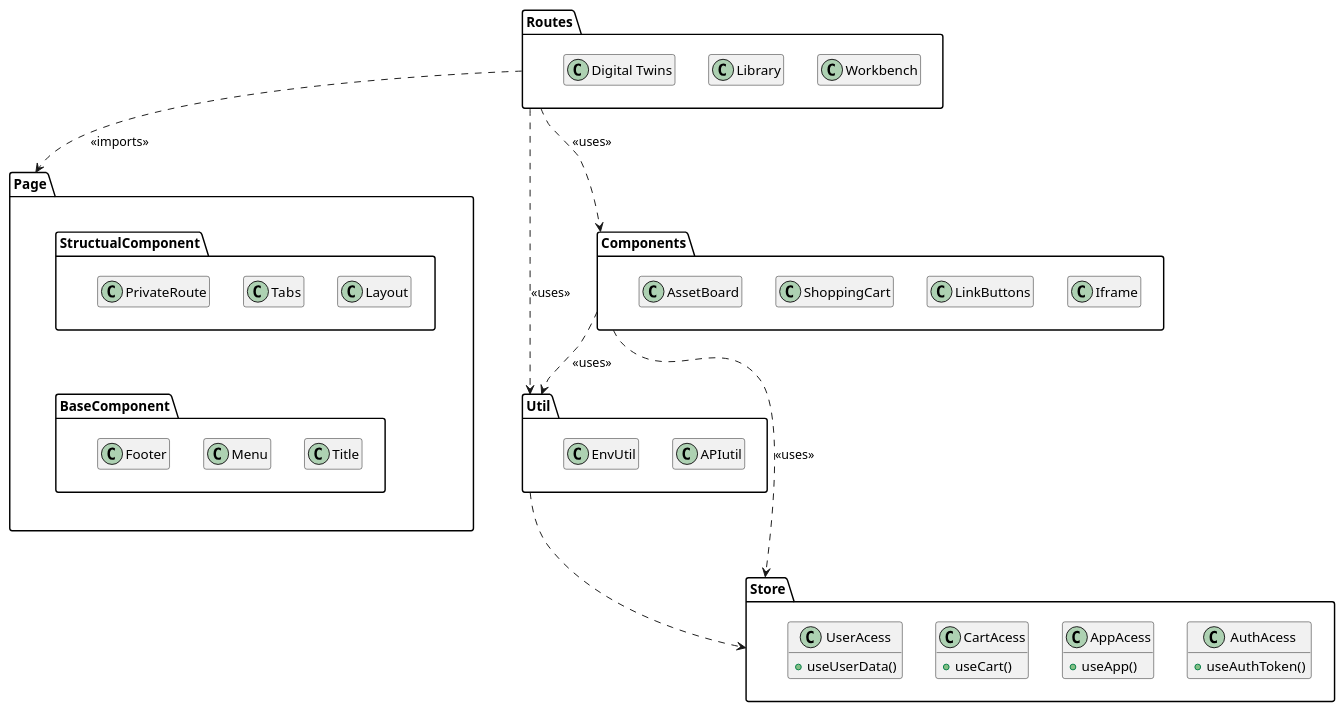
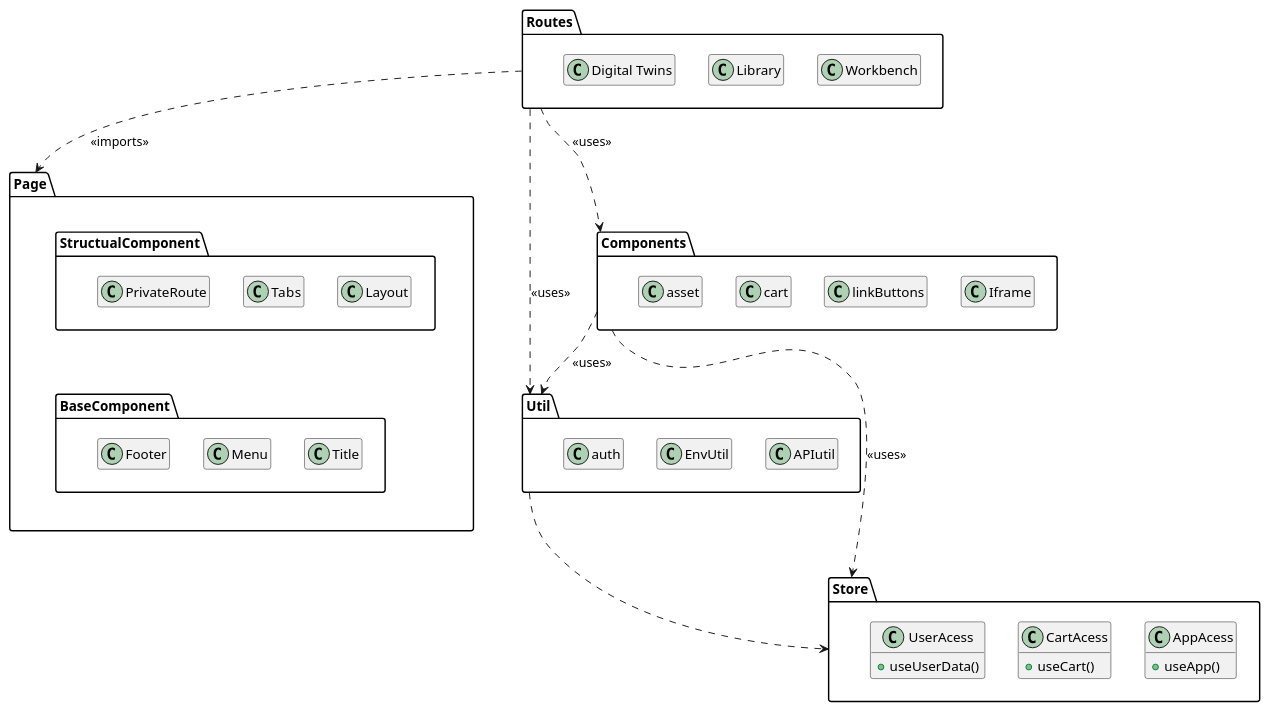
One commit to INTO-CPS-Association/DTaaS changed the diagram in docs/developer/client/uml/package-diagram.puml. Above: the diagram before and after it, drawn with PlantUML. The commit also changed 7 other files, not shown here.

Commit message:
Updated package diagram and moved LinkButtons

```diff
--- a/docs/developer/client/uml/package-diagram.puml
+++ b/docs/developer/client/uml/package-diagram.puml
@@ -1,78 +1,77 @@
 @startuml
 hide empty members
 
 
 package "Routes" { 
   class "Workbench"
   class "Library" 
   class "Digital Twins" as DT
   
   Workbench -l[hidden]- Library
   Library -l[hidden]- DT
 }
 
 package "Page" {
   package "StructualComponent" {
     class Layout
     class Tabs
     class PrivateRoute
     
     Layout -l[hidden]- Tabs
     Tabs -l[hidden]- PrivateRoute
   }
   package "BaseComponent" {
     class Footer
     class Menu
     class Title
     
     Title -l[hidden]- Menu
     Menu -l[hidden]- Footer
   }
   
   StructualComponent --[hidden] BaseComponent
 }
 
 package "Util" {
   class APIutil
   class EnvUtil
+  class auth
   
   APIutil -l[hidden]- EnvUtil
+  EnvUtil -l[hidden]- auth
 }
 
 package "Components" {
   class Iframe
-  class LinkButtons
-  class ShoppingCart
-  class AssetBoard
+  class linkButtons
+  class cart
+  class asset
   
-  Iframe -l[hidden] LinkButtons
-  LinkButtons -l[hidden] ShoppingCart
-  ShoppingCart -l[hidden] AssetBoard
+  Iframe -l[hidden] linkButtons
+  linkButtons -l[hidden] cart
+  cart -l[hidden] asset
 }
 
 package "Store" {
-  class AuthAcess {
-   + useAuthToken()
-  }
+  
   class AppAcess {
     + useApp()
   }
   class CartAcess {
     + useCart()
   }
   class UserAcess {
     + useUserData()
   }
   
-  AuthAcess -l[hidden] AppAcess
   AppAcess -l[hidden] CartAcess
   CartAcess -l[hidden] UserAcess
 }
 
 Routes ..> Page : <<imports>>
 Routes ..> Util : <<uses>>
 Routes ..> Components : <<uses>>
 Util ..> Store
 Components ..> Util : <<uses>>
 Components ..> Store : <<uses>>
 @enduml
```
